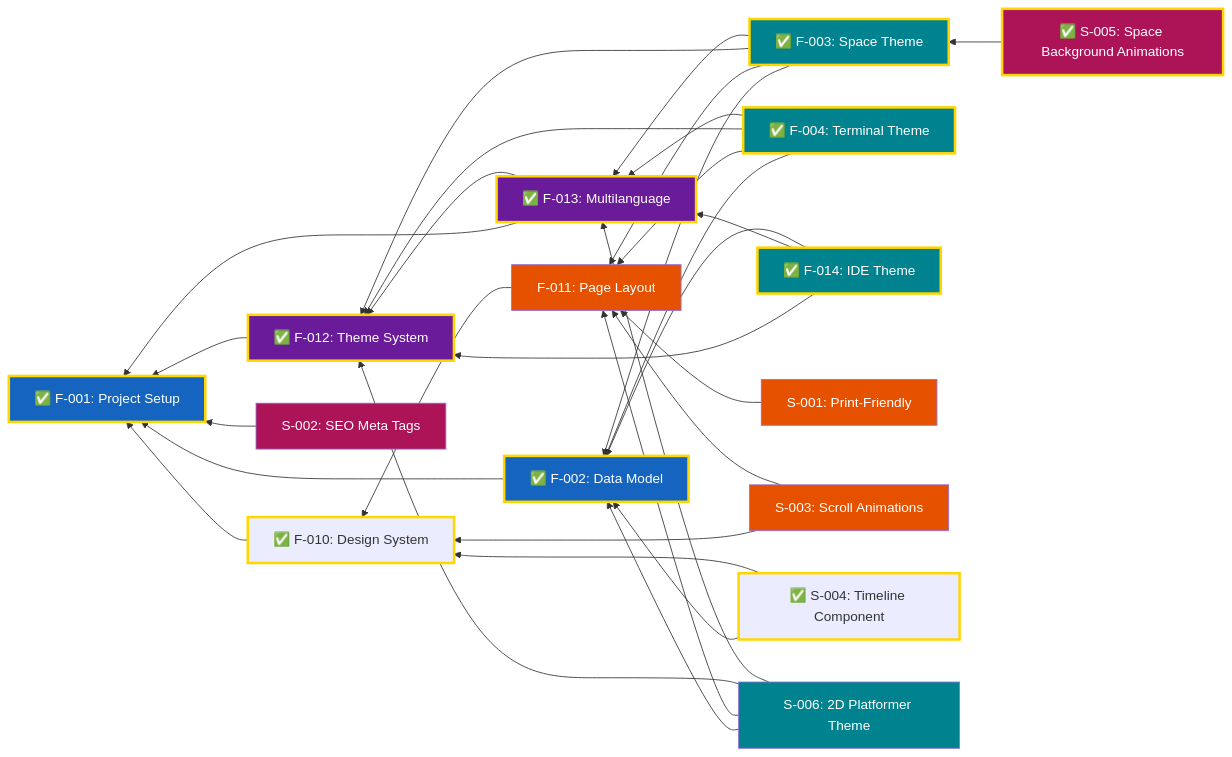
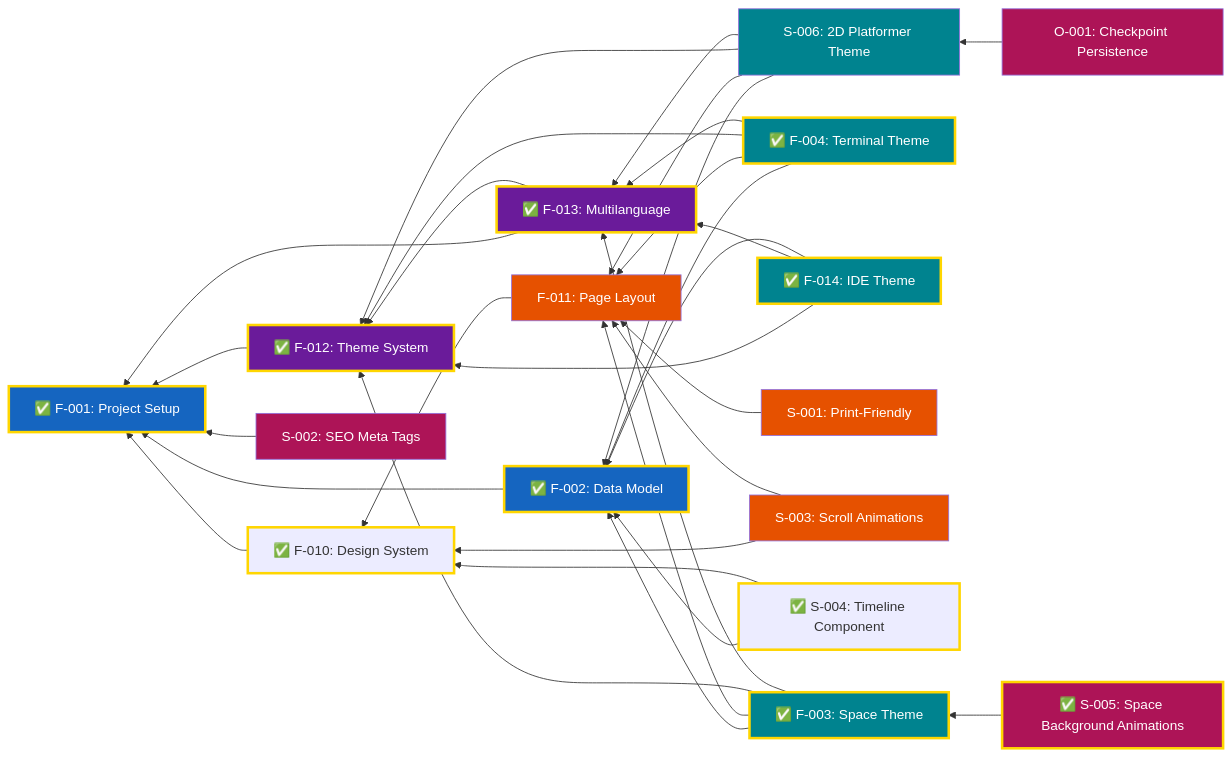
One commit to garcipat/cv-website changed the diagram in docs/Features.md. Above: the diagram before and after it, drawn with Mermaid. The commit also changed other lines of this file and 1 other file, not shown here.

Commit message:
adjust specs and add feature idea

````diff
--- a/docs/Features.md
+++ b/docs/Features.md
@@ -71,70 +74,72 @@
 ```mermaid
 graph RL
     F001["✅ F-001: Project Setup"]
     F002["✅ F-002: Data Model"]
     F003["✅ F-003: Space Theme"]
     F004["✅ F-004: Terminal Theme"]
     F010["✅ F-010: Design System"]
     F011["F-011: Page Layout"]
     F012["✅ F-012: Theme System"]
     F013["✅ F-013: Multilanguage"]
     F014["✅ F-014: IDE Theme"]
     S001["S-001: Print-Friendly"]
     S002["S-002: SEO Meta Tags"]
     S003["S-003: Scroll Animations"]
     S004["✅ S-004: Timeline Component"]
     S005["✅ S-005: Space Background Animations"]
     S006["S-006: 2D Platformer Theme"]
+    O001["O-001: Checkpoint Persistence"]
 
     F003 --> F002
     F003 --> F011
     F003 --> F012
     F003 --> F013
     F004 --> F002
     F004 --> F011
     F004 --> F012
     F004 --> F013
     F002 --> F001
     F010 --> F001
     F011 --> F010
     F012 --> F001
     F013 --> F001
     F013 --> F012
     F014 --> F012
     F014 --> F013
     F014 --> F002
     S001 --> F011
     S002 --> F001
     S003 --> F010
     S003 --> F011
     S004 --> F002
     S004 --> F010
     S005 --> F003
     S006 --> F002
     S006 --> F011
     S006 --> F012
     S006 --> F013
+    O001 --> S006
 
     classDef done stroke:#FFD600,stroke-width:3px
     classDef projectSetup fill:#1565C0,color:#ffffff
     classDef layoutNavigation fill:#E65100,color:#ffffff
     classDef themeInfrastructure fill:#6A1B9A,color:#ffffff
     classDef themes fill:#00838F,color:#ffffff
     classDef enhancements fill:#AD1457,color:#ffffff
 
     class F001 done
     class F002 done
     class F001,F002 projectSetup
     class F010 done
     class F012 done
     class F013 done
     class F003 done
     class F004 done
     class F003,F004,F014,S006 themes
     class F011,S001,S003 layoutNavigation
     class F012,F013 themeInfrastructure
     class F014 done
     class S004 done
-    class S002,S005 enhancements
+    class S002,S005,O001 enhancements
     class S005 done
 ```
````
